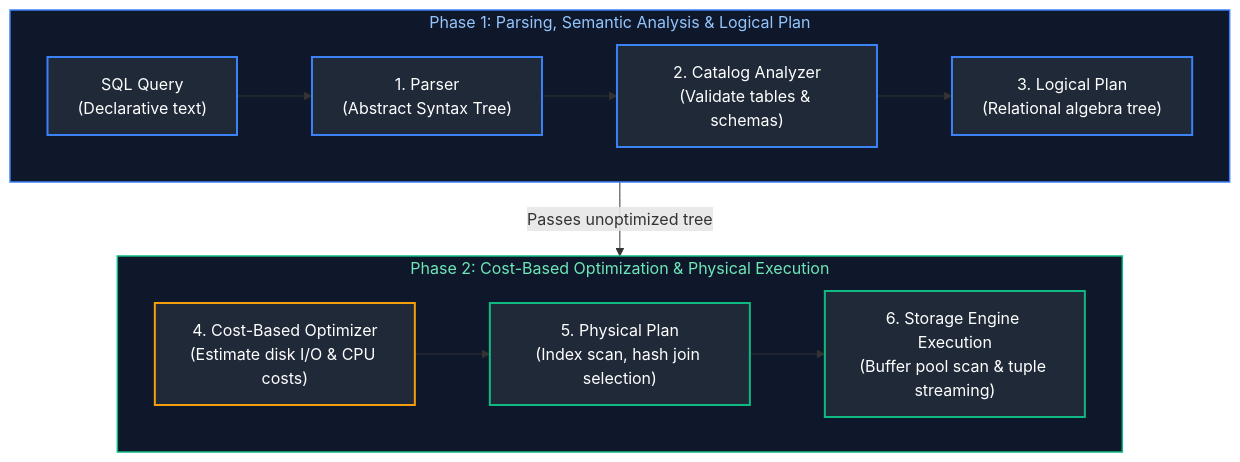
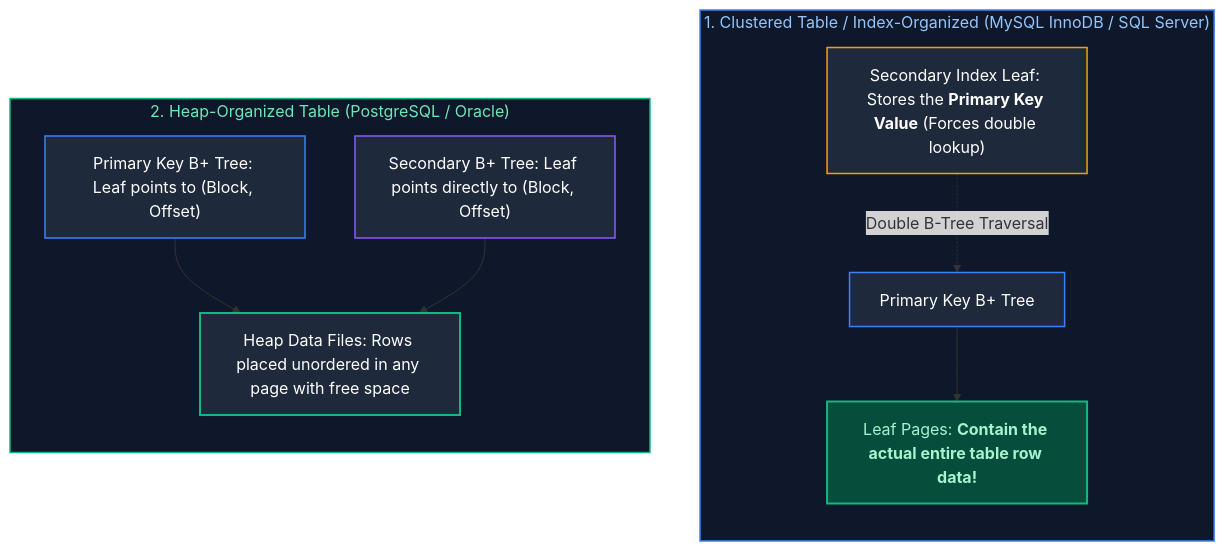
Before and after one commit to joydeep-biswas/Interview-Preparation: diagram 14 of 23 in Data Engineering/04_database_internals_and_performance.md, drawn with Mermaid. The commit also changed other lines of this file and 143 other files, not shown here.

````diff
--- a/Data Engineering/04_database_internals_and_performance.md
+++ b/Data Engineering/04_database_internals_and_performance.md
@@ -966,24 +728,29 @@
 ```mermaid
 flowchart TD
-    subgraph Phase1 ["Phase 1: Parsing, Semantic Analysis & Logical Plan"]
-        direction LR
-        SQL["SQL Query<br/>(Declarative text)"] --> Parser["1. Parser<br/>(Abstract Syntax Tree)"] --> Analyzer["2. Catalog Analyzer<br/>(Validate tables & schemas)"] --> LogicalPlan["3. Logical Plan<br/>(Relational algebra tree)"]
+    subgraph ClusteredArch ["1. Clustered Table / Index-Organized (MySQL InnoDB / SQL Server)"]
+        direction TB
+        C_Root["Primary Key B+ Tree"]
+        C_Leaf["Leaf Pages: <b>Contain the actual entire table row data!</b>"]
+        C_Sec["Secondary Index Leaf: Stores the <b>Primary Key Value</b> (Forces double lookup)"]
+        C_Root --> C_Leaf
+        C_Sec -.->|"Double B-Tree Traversal"| C_Root
     end
 
-    subgraph Phase2 ["Phase 2: Cost-Based Optimization & Physical Execution"]
-        direction LR
-        Optimizer["4. Cost-Based Optimizer<br/>(Estimate disk I/O & CPU costs)"] --> PhysicalPlan["5. Physical Plan<br/>(Index scan, hash join selection)"] --> Executor["6. Storage Engine Execution<br/>(Buffer pool scan & tuple streaming)"]
+    subgraph HeapArch ["2. Heap-Organized Table (PostgreSQL / Oracle)"]
+        direction TB
+        H_Heap["Heap Data Files: Rows placed unordered in any page with free space"]
+        H_PK["Primary Key B+ Tree: Leaf points to (Block, Offset)"]
+        H_Sec["Secondary B+ Tree: Leaf points directly to (Block, Offset)"]
+        H_PK --> H_Heap
+        H_Sec --> H_Heap
     end
 
-    LogicalPlan -->|"Passes unoptimized tree"| Optimizer
-
-    style Phase1 fill:#0f172a,stroke:#3b82f6,stroke-width:1.5px,color:#93c5fd
-    style Phase2 fill:#0f172a,stroke:#10b981,stroke-width:1.5px,color:#6ee7b7
-    style SQL fill:#1f2937,stroke:#3b82f6,stroke-width:2px,color:#fff
-    style Parser fill:#1f2937,stroke:#3b82f6,stroke-width:2px,color:#fff
-    style Analyzer fill:#1f2937,stroke:#3b82f6,stroke-width:2px,color:#fff
-    style LogicalPlan fill:#1f2937,stroke:#3b82f6,stroke-width:2px,color:#fff
-    style Optimizer fill:#1f2937,stroke:#f59e0b,stroke-width:2px,color:#fff
-    style PhysicalPlan fill:#1f2937,stroke:#10b981,stroke-width:2px,color:#fff
-    style Executor fill:#1f2937,stroke:#10b981,stroke-width:2px,color:#fff
+    style ClusteredArch fill:#0f172a,stroke:#3b82f6,stroke-width:1.5px,color:#93c5fd
+    style HeapArch fill:#0f172a,stroke:#10b981,stroke-width:1.5px,color:#6ee7b7
+    style C_Root fill:#1e293b,stroke:#3b82f6,stroke-width:1.5px,color:#fff
+    style C_Leaf fill:#064e3b,stroke:#10b981,stroke-width:2px,color:#a7f3d0
+    style C_Sec fill:#1e293b,stroke:#f59e0b,stroke-width:1.5px,color:#fff
+    style H_Heap fill:#1e293b,stroke:#10b981,stroke-width:2px,color:#fff
+    style H_PK fill:#1e293b,stroke:#3b82f6,stroke-width:1.5px,color:#fff
+    style H_Sec fill:#1e293b,stroke:#8b5cf6,stroke-width:1.5px,color:#fff
 ```
````
